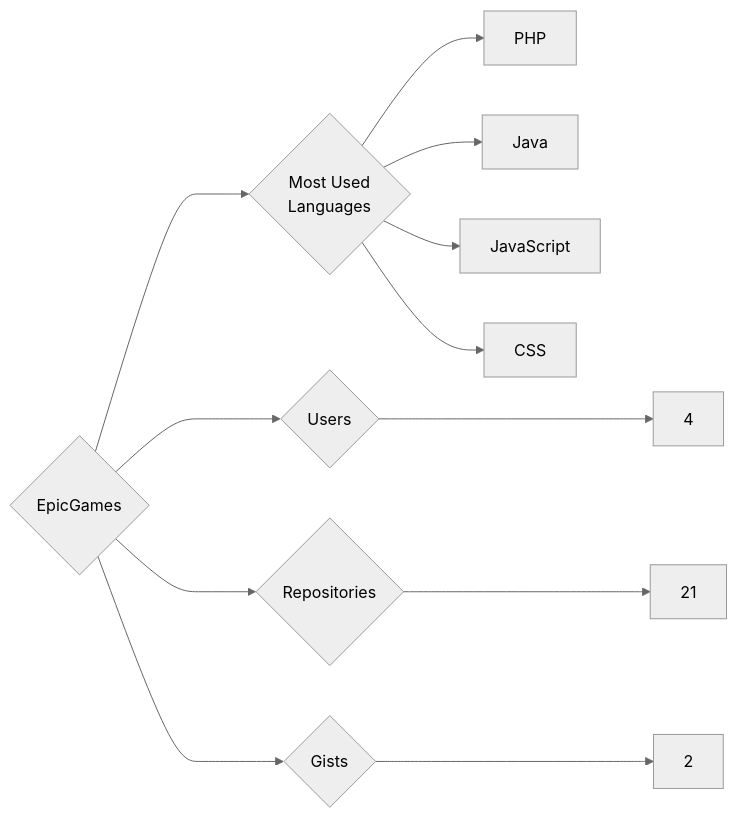
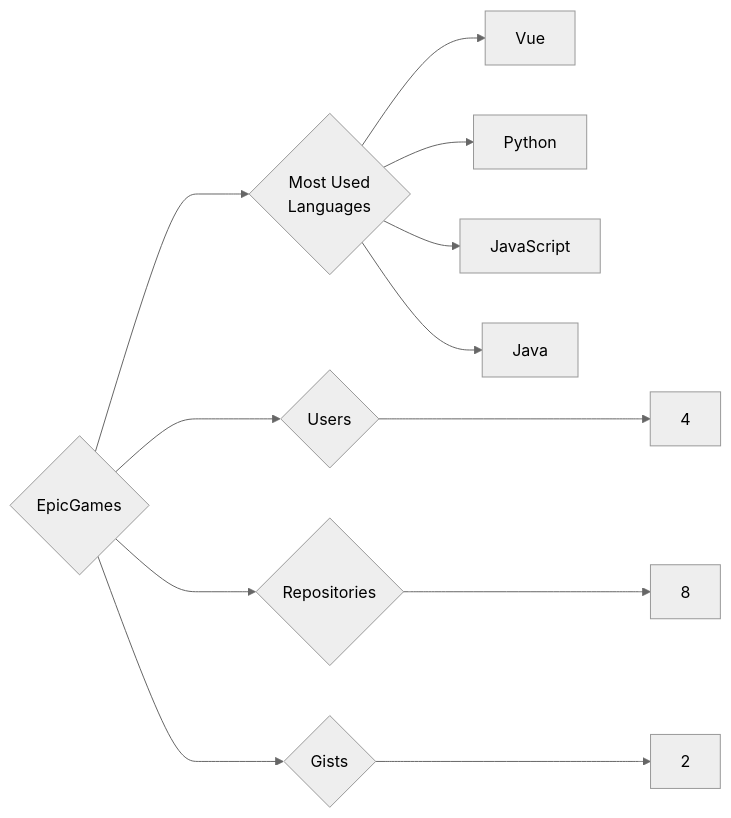
One commit to trickest/insiders changed the diagram in targets/EpicGames/README.md. Above: the diagram before and after it, drawn with Mermaid (neutral theme). The commit also changed 993 other files, not shown here.

````diff
--- a/targets/EpicGames/README.md
+++ b/targets/EpicGames/README.md
@@ -3,12 +3,12 @@
 ```mermaid
 graph LR
 COMPANY_NAME{EpicGames}
 COMPANY_NAME ---> U{Users} ---> UN[4]
-COMPANY_NAME ---> R{Repositories} ---> RN[21]
+COMPANY_NAME ---> R{Repositories} ---> RN[8]
 COMPANY_NAME ---> G{Gists} ---> GN[2]
 COMPANY_NAME ---> ML{Most Used<br>Languages}
-ML --> PHP[PHP]
+ML --> Vue[Vue]
+ML --> Python[Python]
+ML --> JavaScript[JavaScript]
 ML --> Java[Java]
-ML --> JavaScript[JavaScript]
-ML --> CSS[CSS]
 ```
````
